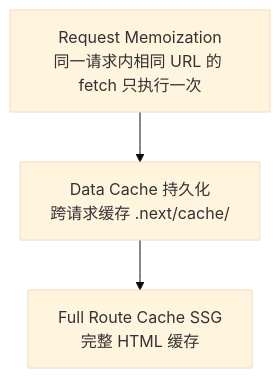
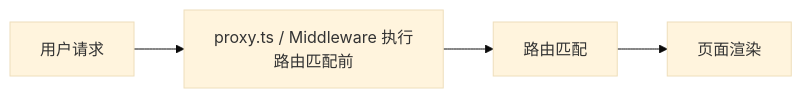
Diagram 11 of 25 in Tech/Frameworks/Next.js/Next.js 核心知识体系.md (JackSmith111977/Knowledge-Base), drawn with Mermaid (base theme) before and after one commit. The commit also changed other lines of this file and 32 other files, not shown here.

````diff
--- a/Tech/Frameworks/Next.js/Next.js 核心知识体系.md
+++ b/Tech/Frameworks/Next.js/Next.js 核心知识体系.md
@@ -447,5 +1669,6 @@
 ```mermaid
-flowchart TD
-    A[Request Memoization<br/>同一请求内相同 URL 的 fetch 只执行一次] --> B[Data Cache 持久化<br/>跨请求缓存 .next/cache/]
-    B --> C[Full Route Cache SSG<br/>完整 HTML 缓存]
+flowchart LR
+    User[用户请求] --> Proxy[proxy.ts / Middleware 执行<br/>路由匹配前]
+    Proxy --> Router[路由匹配]
+    Router --> Render[页面渲染]
 ```
````
